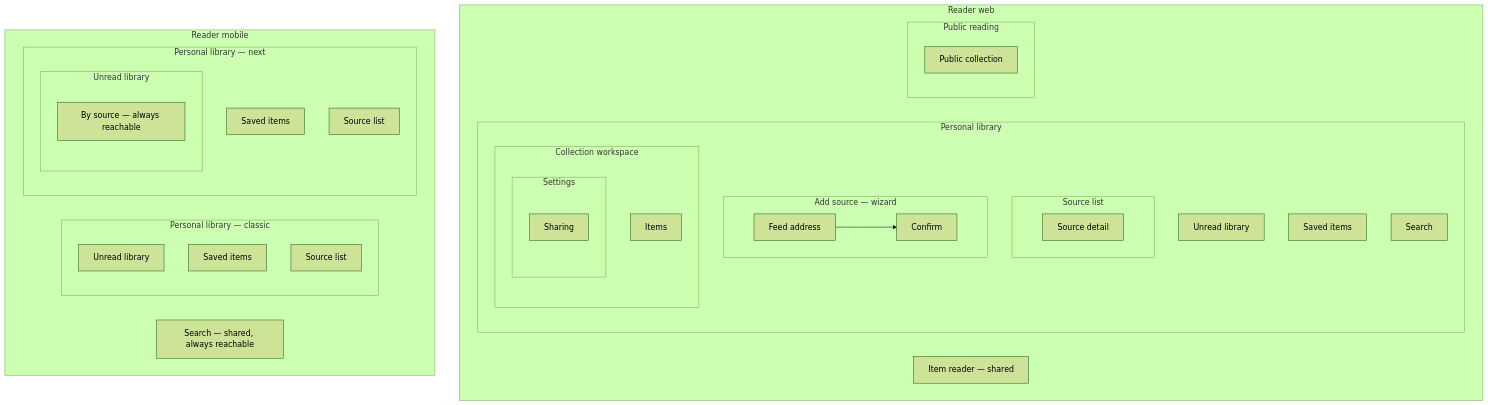
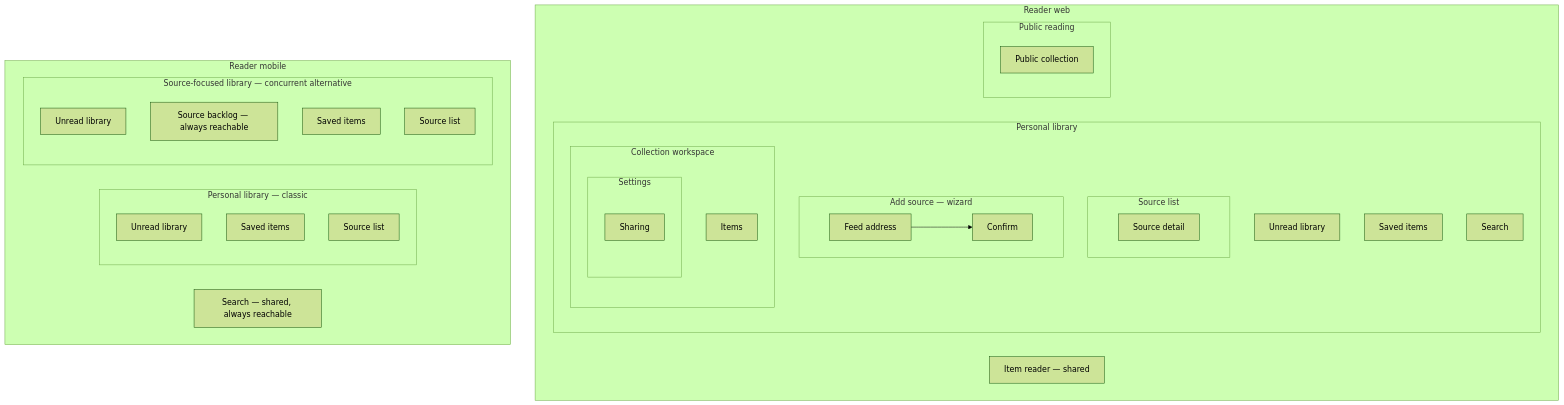
Before and after one commit to businesslens/pdd: the diagram in blueprints/content-feed-reader/references/screen-map.md, drawn with Mermaid (forest theme). The commit also changed other lines of this file and 277 other files, not shown here.

````diff
--- a/blueprints/content-feed-reader/references/screen-map.md
+++ b/blueprints/content-feed-reader/references/screen-map.md
@@ -7,42 +7,41 @@
 ```mermaid
 flowchart TD
   subgraph web[Reader web]
     reader[Item reader — shared]
     subgraph library[Personal library]
       unread[Unread library]
       saved[Saved items]
       search[Search]
       subgraph sources[Source list]
         detail[Source detail]
       end
       subgraph add[Add source — wizard]
         address[Feed address] --> confirm[Confirm]
       end
       subgraph workspace[Collection workspace]
         items[Items]
         subgraph settings[Settings]
           sharing[Sharing]
         end
       end
     end
     subgraph public[Public reading]
       shared[Public collection]
     end
   end
 
   subgraph mobile[Reader mobile]
     msearch[Search — shared, always reachable]
     subgraph classic[Personal library — classic]
       cunread[Unread library]
       csaved[Saved items]
       csources[Source list]
     end
-    subgraph next[Personal library — next]
-      subgraph nunread[Unread library]
-        bysource[By source — always reachable]
-      end
+    subgraph alternative[Source-focused library — concurrent alternative]
+      nunread[Unread library]
+      bysource[Source backlog — always reachable]
       nsaved[Saved items]
       nsources[Source list]
     end
   end
 ```
````
